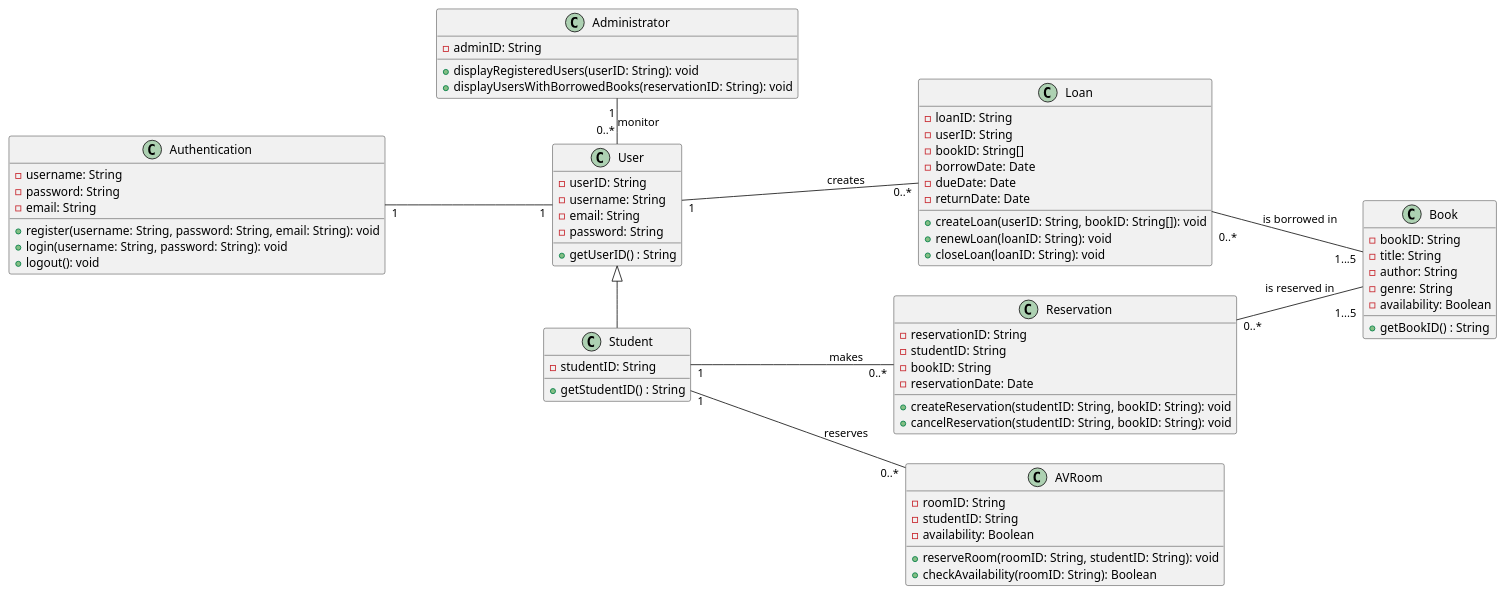
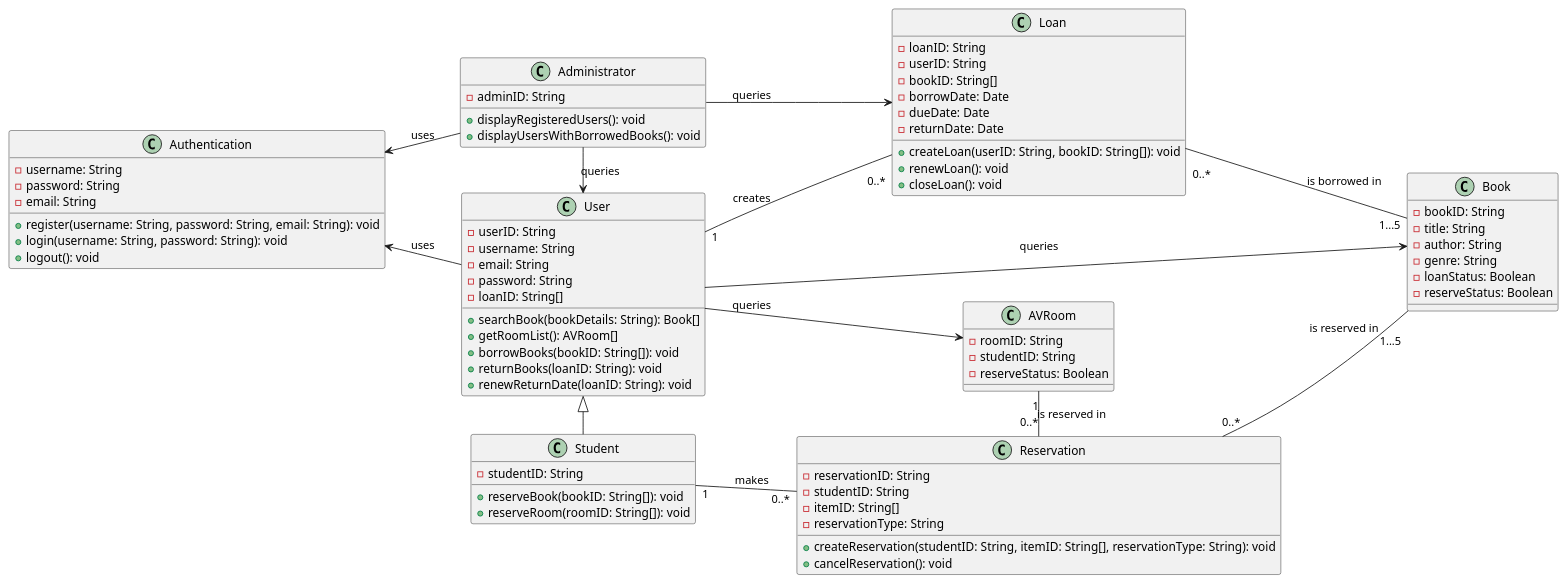
One commit to zuzu2307/Final_UML changed the diagram in src/class.puml. Above: the diagram before and after it, drawn with PlantUML. The commit also changed 7 other files, not shown here.

Commit message:
finish all sequence diagram

```diff
--- a/src/class.puml
+++ b/src/class.puml
@@ -1,78 +1,87 @@
 @startuml
 left to right direction
 
 class Authentication{
     -username: String
     -password: String
     -email: String
     +register(username: String, password: String, email: String): void
     +login(username: String, password: String): void
     +logout(): void
 }
 
 class User {
     -userID: String
     -username: String
     -email: String
     -password: String
-    +getUserID() : String
+    -loanID: String[]
+    +searchBook(bookDetails: String): Book[]
+    +getRoomList(): AVRoom[]
+    +borrowBooks(bookID: String[]): void
+    +returnBooks(loanID: String): void
+    +renewReturnDate(loanID: String): void
 }
 
 class Student {
     -studentID: String
-    +getStudentID() : String
+    +reserveBook(bookID: String[]): void
+    +reserveRoom(roomID: String[]): void
 }
+
 class Book {
     -bookID: String
     -title: String
     -author: String
     -genre: String
-    -availability: Boolean
-    +getBookID() : String
+    -loanStatus: Boolean
+    -reserveStatus: Boolean
 }
 
 class Loan {
     -loanID: String
     -userID: String
     -bookID: String[]
     -borrowDate: Date
     -dueDate: Date
     -returnDate: Date
     +createLoan(userID: String, bookID: String[]): void
-    +renewLoan(loanID: String): void
-    +closeLoan(loanID: String): void
+    +renewLoan(): void
+    +closeLoan(): void
 }
 
 class Administrator {
     -adminID: String
-    +displayRegisteredUsers(userID: String): void
-    +displayUsersWithBorrowedBooks(reservationID: String): void
+    +displayRegisteredUsers(): void
+    +displayUsersWithBorrowedBooks(): void
 }
 
 class Reservation {
     -reservationID: String
     -studentID: String
-    -bookID: String
-    -reservationDate: Date
-    +createReservation(studentID: String, bookID: String): void
-    +cancelReservation(studentID: String, bookID: String): void
+    -itemID: String[]
+    -reservationType: String
+    +createReservation(studentID: String, itemID: String[], reservationType: String): void
+    +cancelReservation(): void
 }
+
 
 class AVRoom {
     -roomID: String
     -studentID: String
-    -availability: Boolean
-    +reserveRoom(roomID: String, studentID: String): void
-    +checkAvailability(roomID: String): Boolean
+    -reserveStatus: Boolean
 }
 
-Authentication "1" -- "1" User
+User -up-> Authentication: uses
+User ---> Book: queries
+User --> AVRoom: queries
 User <|-right- Student
-User "1" -- "0..*" Loan : creates
-Student "1" -- "0..*" Reservation : makes
-Student "1" -- "0..*" AVRoom : reserves
-Book "1...5" -up- "\n0..*" Loan : is borrowed in
-Book "\n1...5" -up- "0..*" Reservation : is reserved in
-Administrator "           1"-right- "              0..*" User : "                      monitor"
-
+User "1" -- "\n0..*" Loan: creates
+Student "1" -- "0..*" Reservation: makes
+AVRoom "1" -right- "0..*" Reservation: "                              is reserved in"
+Book "1...5" -up- "\n0..*" Loan: is borrowed in
+Book "\n1...5" -up- "0..*" Reservation: is reserved in
+Administrator -right-> User: "                   queries"
+Administrator -up-> Authentication: uses
+Administrator --> Loan : queries
 @enduml
```
